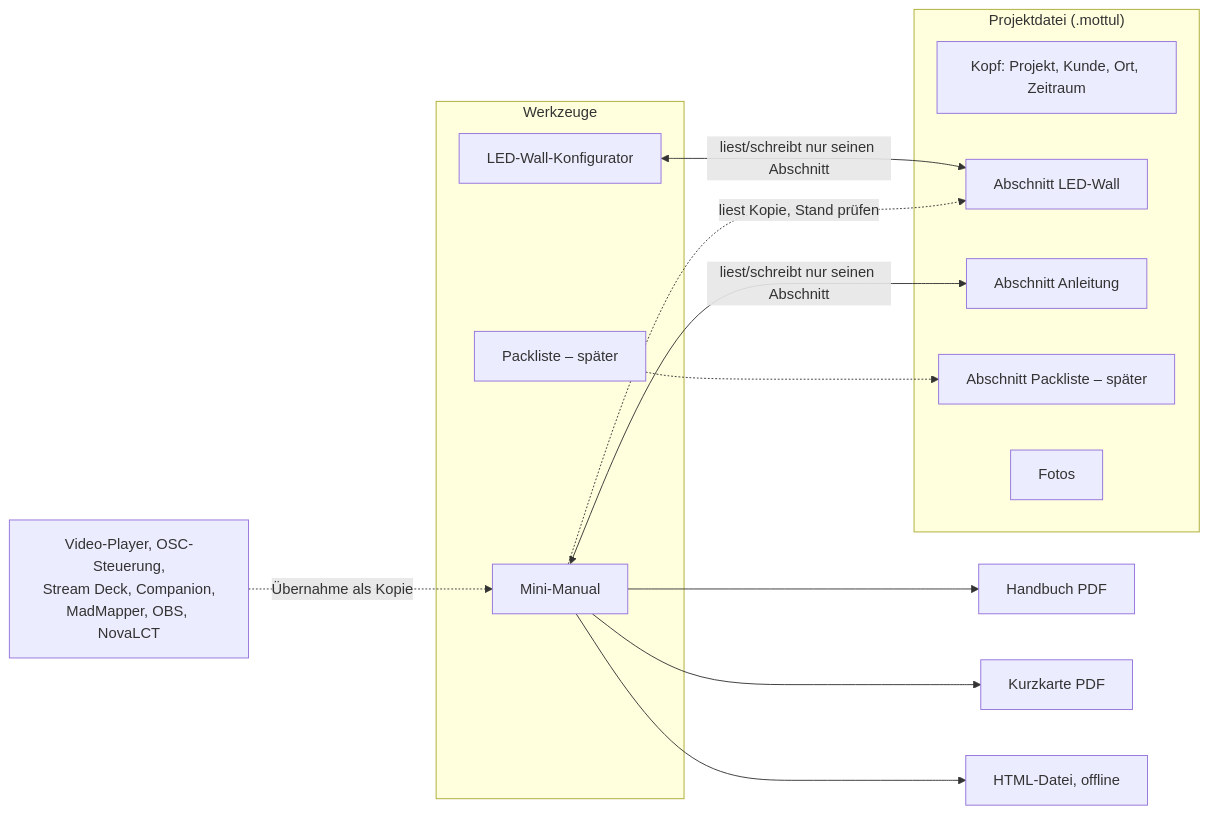
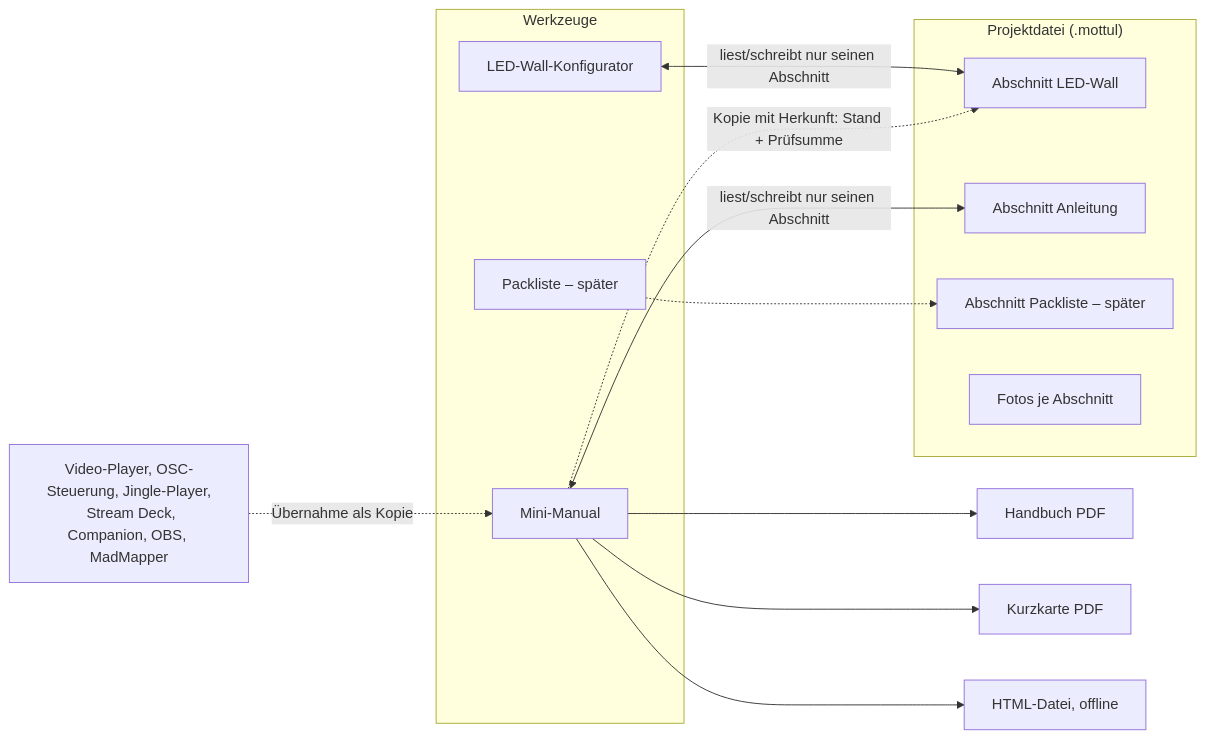
The first of 3 diagrams in docs/PLAN-MINI-MANUAL.md (Mottul/project_mega), drawn with Mermaid before and after one commit. The commit also changed other lines of this file, not shown here.

````diff
--- a/docs/PLAN-MINI-MANUAL.md
+++ b/docs/PLAN-MINI-MANUAL.md
@@ -82,23 +85,23 @@
 ```mermaid
 flowchart LR
   subgraph Werkzeuge
     LW[LED-Wall-Konfigurator]
     MM[Mini-Manual]
     PL[Packliste – später]
   end
   subgraph Datei["Projektdatei (.mottul)"]
-    K[Kopf: Projekt, Kunde, Ort, Zeitraum]
     A1[Abschnitt LED-Wall]
     A2[Abschnitt Anleitung]
     A3[Abschnitt Packliste – später]
-    F[Fotos]
+    F[Fotos je Abschnitt]
   end
   LW <-->|liest/schreibt nur seinen Abschnitt| A1
   MM <-->|liest/schreibt nur seinen Abschnitt| A2
-  MM -.->|liest Kopie, Stand prüfen| A1
+  MM -.->|Kopie mit Herkunft: Stand + Prüfsumme| A1
   PL -.-> A3
   MM --> PDF1[Handbuch PDF]
   MM --> PDF2[Kurzkarte PDF]
   MM --> HTML[HTML-Datei, offline]
-  Q[Video-Player, OSC-Steuerung,\nStream Deck, Companion,\nMadMapper, OBS, NovaLCT] -.->|Übernahme als Kopie| MM
+  Q["Video-Player, OSC-Steuerung, Jingle-Player,
+  Stream Deck, Companion, OBS, MadMapper"] -.->|Übernahme als Kopie| MM
 ```
````
